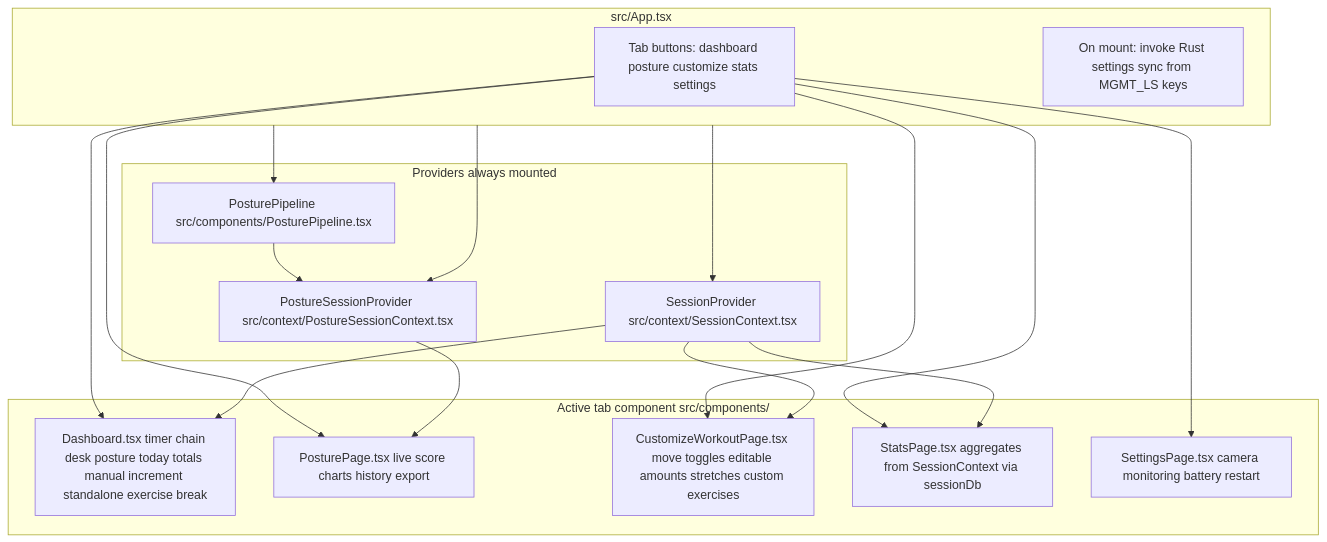
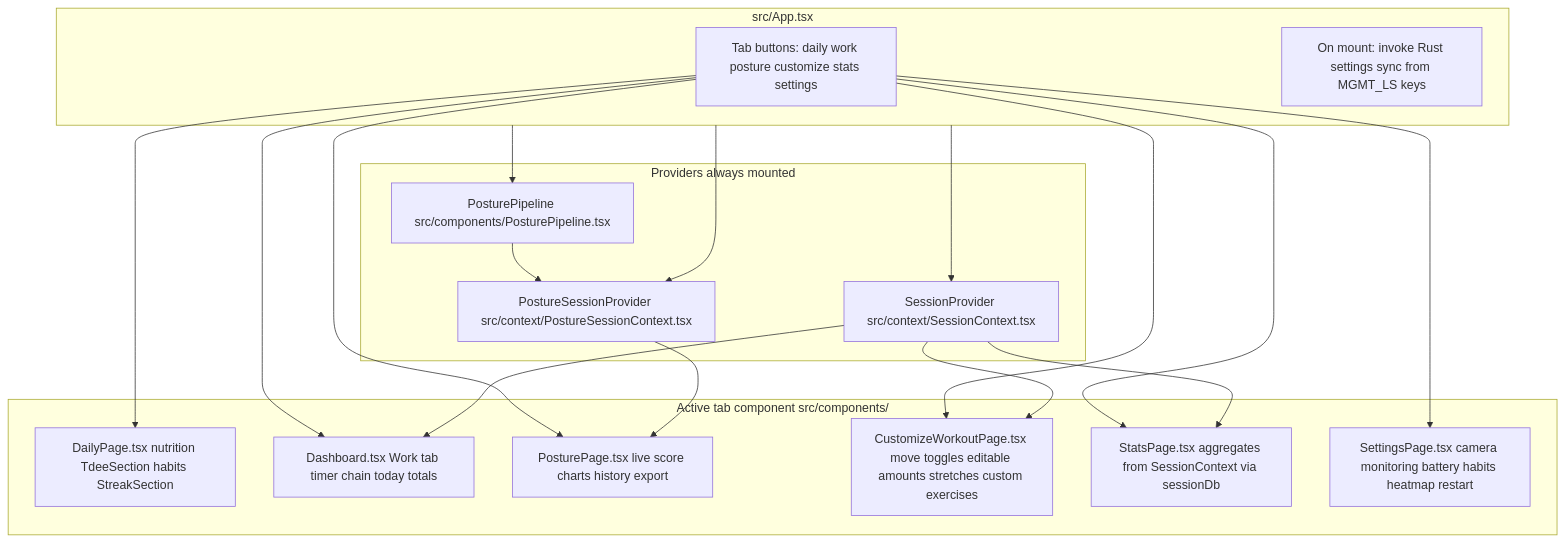
The first of 3 diagrams in docs/ARCHITECTURE.md (jdserenity/management), drawn with Mermaid before and after one commit. The commit also changed other lines of this file and 57 other files, not shown here.

First line of the commit message:
Port TDEE and Streak trackers into the Daily tab.

````diff
--- a/docs/ARCHITECTURE.md
+++ b/docs/ARCHITECTURE.md
@@ -45,32 +48,34 @@
 ```mermaid
 flowchart TB
   subgraph app["src/App.tsx"]
-    nav["Tab buttons: dashboard posture customize stats settings"]
+    nav["Tab buttons: daily work posture customize stats settings"]
     boot["On mount: invoke Rust settings sync from MGMT_LS keys"]
   end
   subgraph providers["Providers always mounted"]
     SP["SessionProvider src/context/SessionContext.tsx"]
     PSP["PostureSessionProvider src/context/PostureSessionContext.tsx"]
     PL["PosturePipeline src/components/PosturePipeline.tsx"]
   end
   subgraph tabs["Active tab component src/components/"]
-    D["Dashboard.tsx timer chain desk posture today totals manual increment standalone exercise break"]
+    Daily["DailyPage.tsx nutrition TdeeSection habits StreakSection"]
+    D["Dashboard.tsx Work tab timer chain today totals"]
     PPg["PosturePage.tsx live score charts history export"]
     CW["CustomizeWorkoutPage.tsx move toggles editable amounts stretches custom exercises"]
     ST["StatsPage.tsx aggregates from SessionContext via sessionDb"]
-    SE["SettingsPage.tsx camera monitoring battery restart"]
+    SE["SettingsPage.tsx camera monitoring battery habits heatmap restart"]
   end
+  nav --> Daily
   nav --> D
   nav --> PPg
   nav --> CW
   nav --> ST
   nav --> SE
   app --> SP
   app --> PSP
   app --> PL
   SP --> D
   SP --> CW
   SP --> ST
   PSP --> PPg
   PL --> PSP
 ```
````
